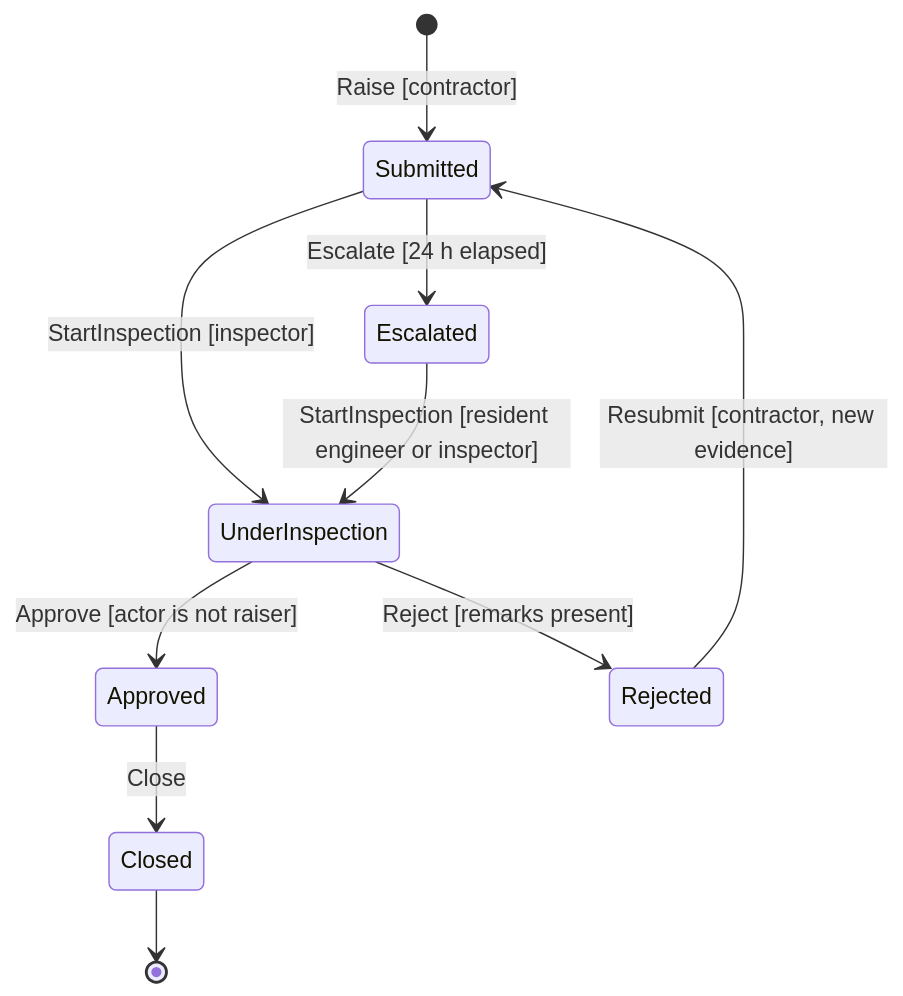
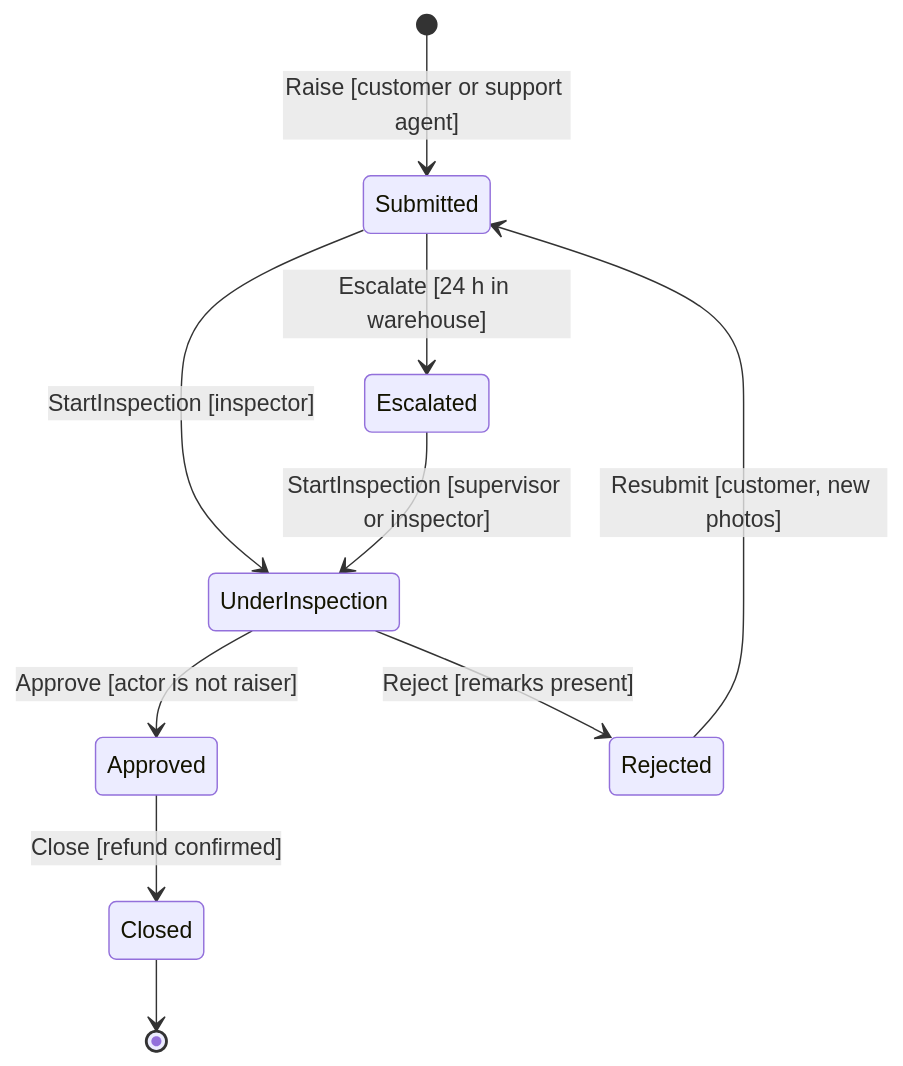
The fourth of 4 diagrams in content/lessons/m06/m06-state.md (rizwi0786/system-design-lab), drawn with Mermaid before and after one commit. The commit also changed other lines of this file and 334 other files, not shown here.

````diff
--- a/content/lessons/m06/m06-state.md
+++ b/content/lessons/m06/m06-state.md
@@ -1441,12 +1442,12 @@
 ```mermaid
 stateDiagram-v2
-    [*] --> Submitted : Raise [contractor]
+    [*] --> Submitted : Raise [customer or support agent]
     Submitted --> UnderInspection : StartInspection [inspector]
-    Submitted --> Escalated : Escalate [24 h elapsed]
-    Escalated --> UnderInspection : StartInspection [resident engineer or inspector]
+    Submitted --> Escalated : Escalate [24 h in warehouse]
+    Escalated --> UnderInspection : StartInspection [supervisor or inspector]
     UnderInspection --> Approved : Approve [actor is not raiser]
     UnderInspection --> Rejected : Reject [remarks present]
-    Rejected --> Submitted : Resubmit [contractor, new evidence]
-    Approved --> Closed : Close
+    Rejected --> Submitted : Resubmit [customer, new photos]
+    Approved --> Closed : Close [refund confirmed]
     Closed --> [*]
 ```
````
